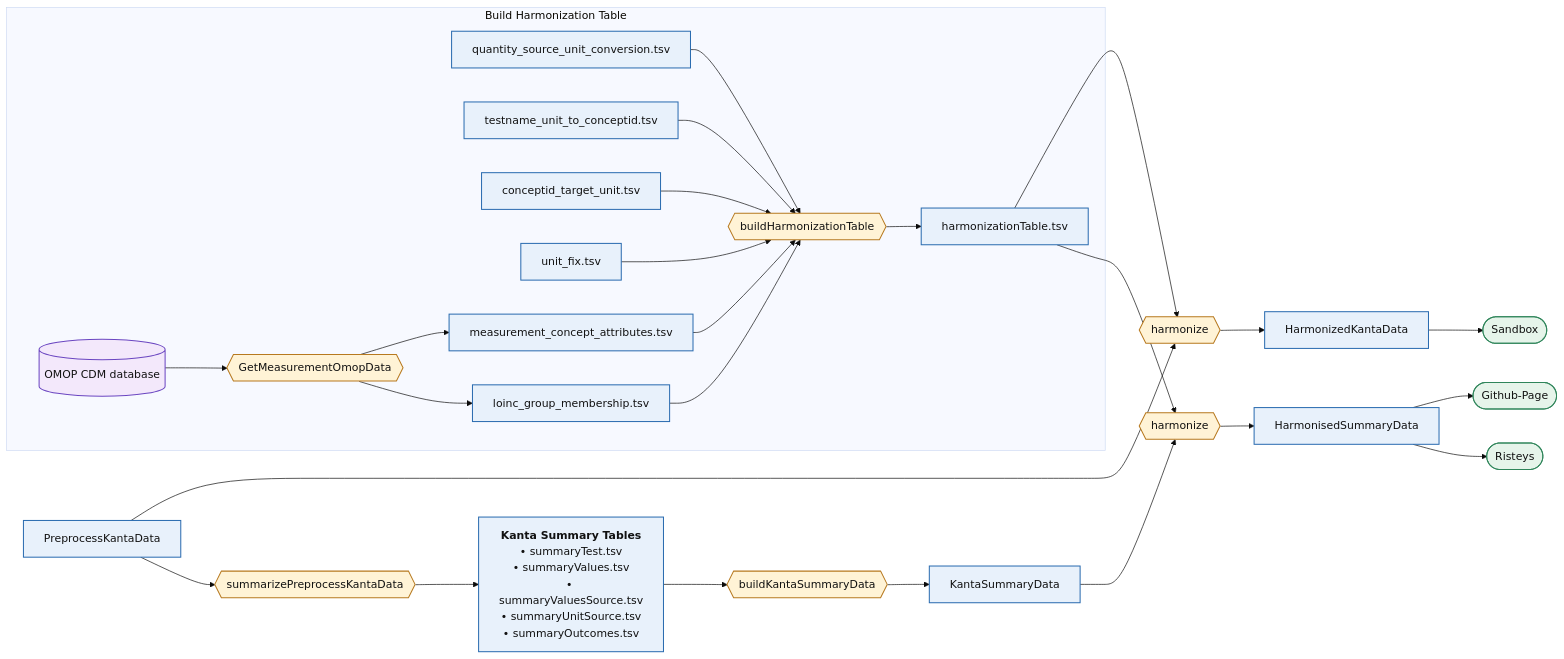
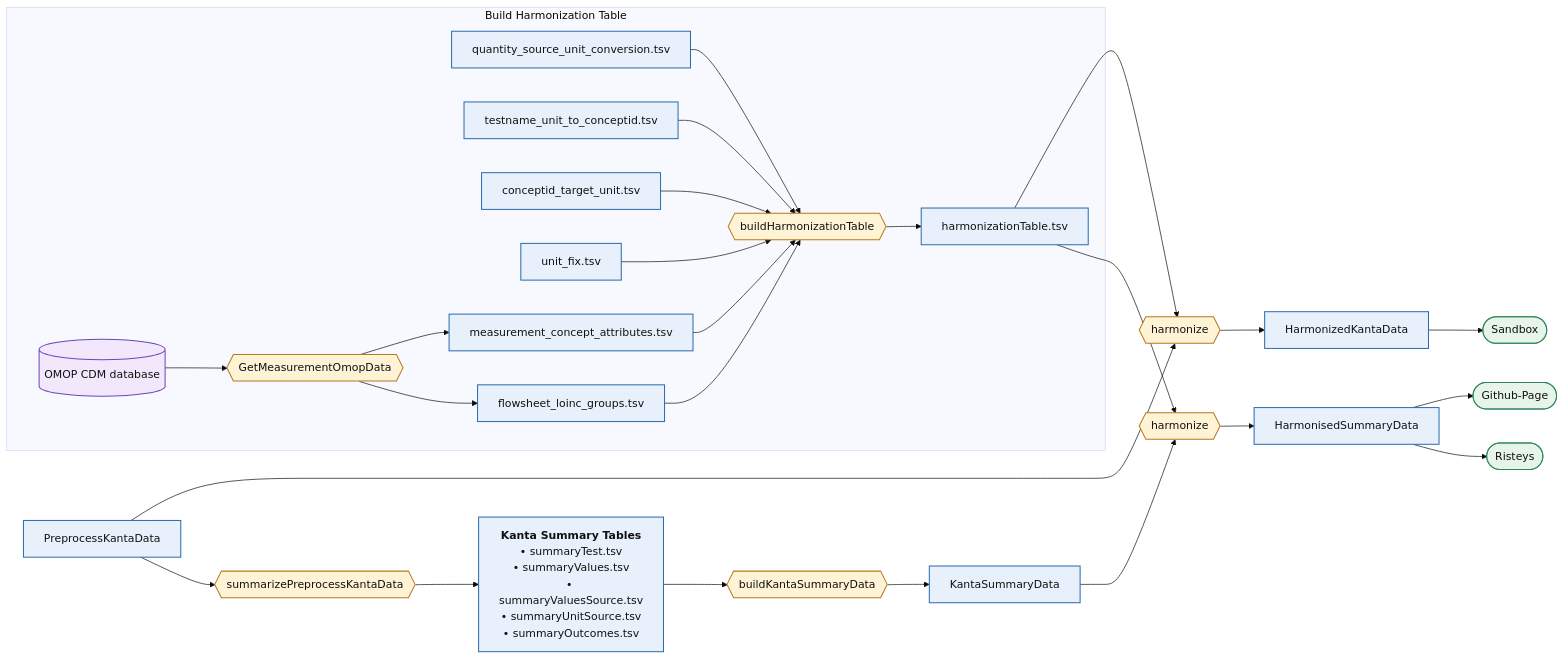
The diagram in DOCUMENTAION/Structure.md (FINNGEN/kanta_lab_harmonisation_public), drawn with Mermaid (base theme) before and after one commit. The commit also changed other lines of this file, not shown here.

Commit message:
Infra: Docs describe the Flowsheet LOINC groups and precedence

````diff
--- a/DOCUMENTAION/Structure.md
+++ b/DOCUMENTAION/Structure.md
@@ -5,59 +5,59 @@
 ```mermaid
 flowchart LR
     %% Data = rectangles, Scripts = hexagons, Databases = cylinders, Destinations = stadium
     RAW["PreprocessKantaData"]:::data
     SUM{{"summarizePreprocessKantaData"}}:::script
 
     SRC["<b>Kanta Summary Tables</b><br/>• summaryTest.tsv<br/>• summaryValues.tsv<br/>• summaryValuesSource.tsv<br/>• summaryUnitSource.tsv<br/>• summaryOutcomes.tsv"]:::data
 
     GSD{{"buildKantaSummaryData"}}:::script
     SUMDATA["KantaSummaryData"]:::data
 
     subgraph MAP["Build Harmonization Table"]
         M1["quantity_source_unit_conversion.tsv"]:::data
         M2["testname_unit_to_conceptid.tsv"]:::data
         M4["conceptid_target_unit.tsv"]:::data
         M5["unit_fix.tsv"]:::data
         OMOPDB[("OMOP CDM database")]:::db
         GETOMOP{{"GetMeasurementOmopData"}}:::script
         M6["measurement_concept_attributes.tsv"]:::data
-        M7["loinc_group_membership.tsv"]:::data
+        M7["flowsheet_loinc_groups.tsv"]:::data
         COMB{{"buildHarmonizationTable"}}:::script
         HTAB["harmonizationTable.tsv"]:::data
     end
 
     HARMRAW{{"harmonize"}}:::script
     HARMSUM{{"harmonize"}}:::script
     HKANTA["HarmonizedKantaData"]:::data
     HSUM["HarmonisedSummaryData"]:::data
     SANDBOX(["Sandbox"]):::dest
     GHP(["Github-Page"]):::dest
     RIS(["Risteys"]):::dest
 
     RAW --> HARMRAW
     RAW --> SUM --> SRC
     SRC --> GSD --> SUMDATA
     M1 --> COMB
     M2 --> COMB
     M4 --> COMB
     M5 --> COMB
     OMOPDB --> GETOMOP
     GETOMOP --> M6
     GETOMOP --> M7
     M6 --> COMB
     M7 --> COMB
     COMB --> HTAB
     HTAB --> HARMRAW
     SUMDATA --> HARMSUM
     HTAB --> HARMSUM
     HARMSUM --> HSUM
     HSUM --> GHP
     HSUM --> RIS
     HARMRAW --> HKANTA --> SANDBOX
     
 
     classDef data fill:#e8f1fb,stroke:#2b6cb0,stroke-width:1.5px,color:#111;
     classDef script fill:#fff3d6,stroke:#b7791f,stroke-width:1.5px,color:#111;
     classDef db fill:#f3e8fb,stroke:#6b46c1,stroke-width:1.5px,color:#111;
     classDef dest fill:#e6f4ea,stroke:#2f855a,stroke-width:1.5px,color:#111;
 ```
````
